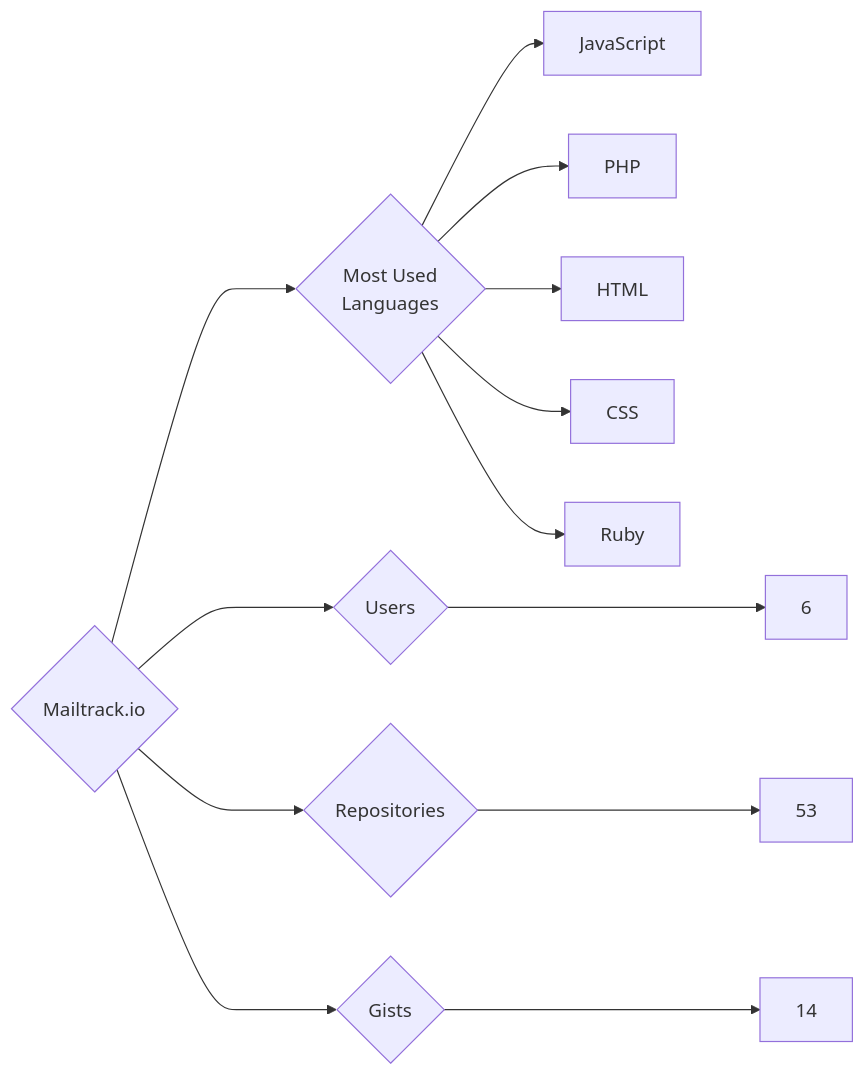
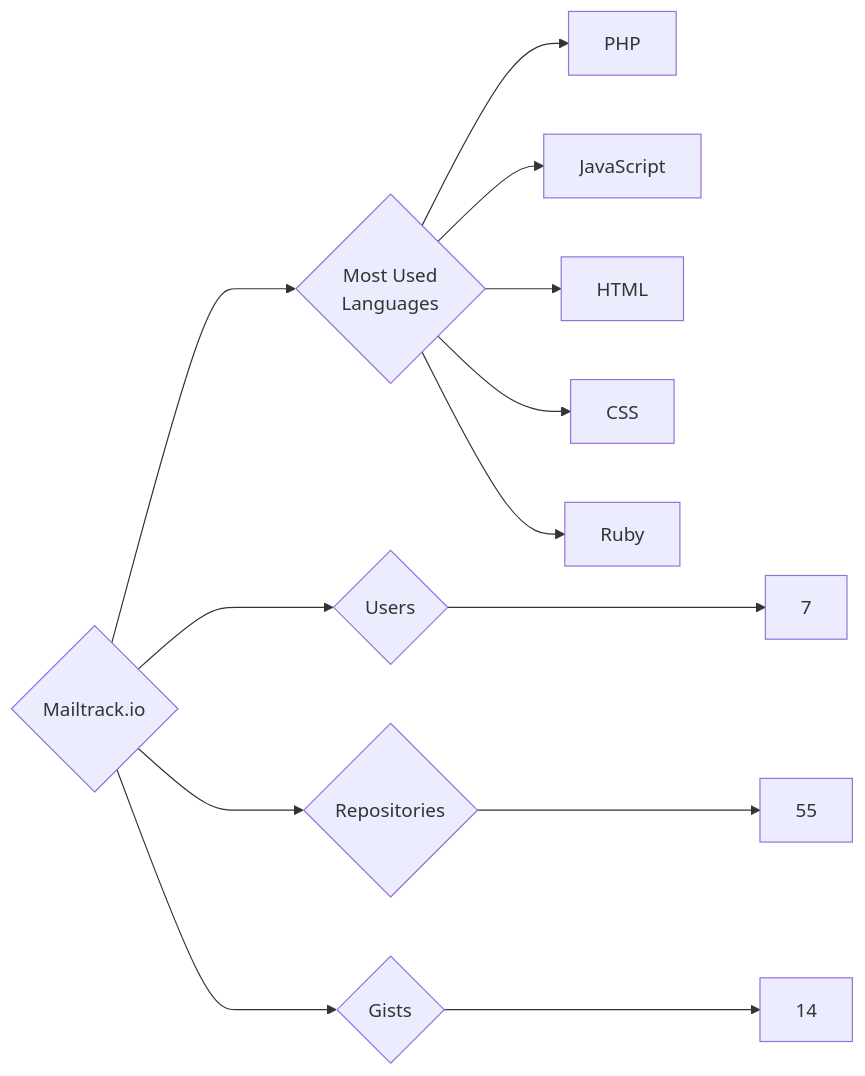
One commit to trickest/insiders changed the diagram in targets/Mailtrack.io/README.md. Above: the diagram before and after it, drawn with Mermaid. The commit also changed 1484 other files, not shown here.

````diff
--- a/targets/Mailtrack.io/README.md
+++ b/targets/Mailtrack.io/README.md
@@ -3,13 +3,13 @@
 ```mermaid
 graph LR
 COMPANY_NAME{Mailtrack.io}
-COMPANY_NAME ---> U{Users} ---> UN[6]
-COMPANY_NAME ---> R{Repositories} ---> RN[53]
+COMPANY_NAME ---> U{Users} ---> UN[7]
+COMPANY_NAME ---> R{Repositories} ---> RN[55]
 COMPANY_NAME ---> G{Gists} ---> GN[14]
 COMPANY_NAME ---> ML{Most Used<br>Languages}
+ML --> PHP[PHP]
 ML --> JavaScript[JavaScript]
-ML --> PHP[PHP]
 ML --> HTML[HTML]
 ML --> CSS[CSS]
 ML --> Ruby[Ruby]
 ```
````
